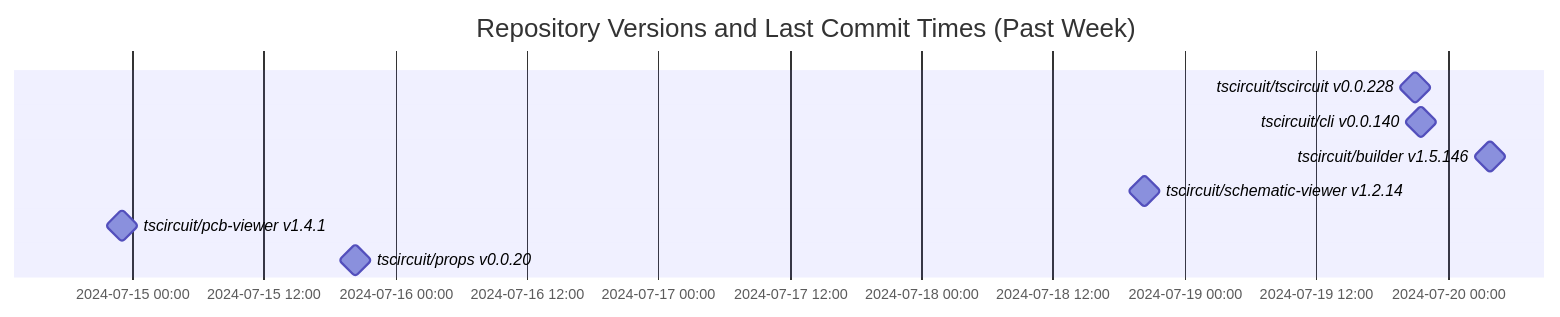
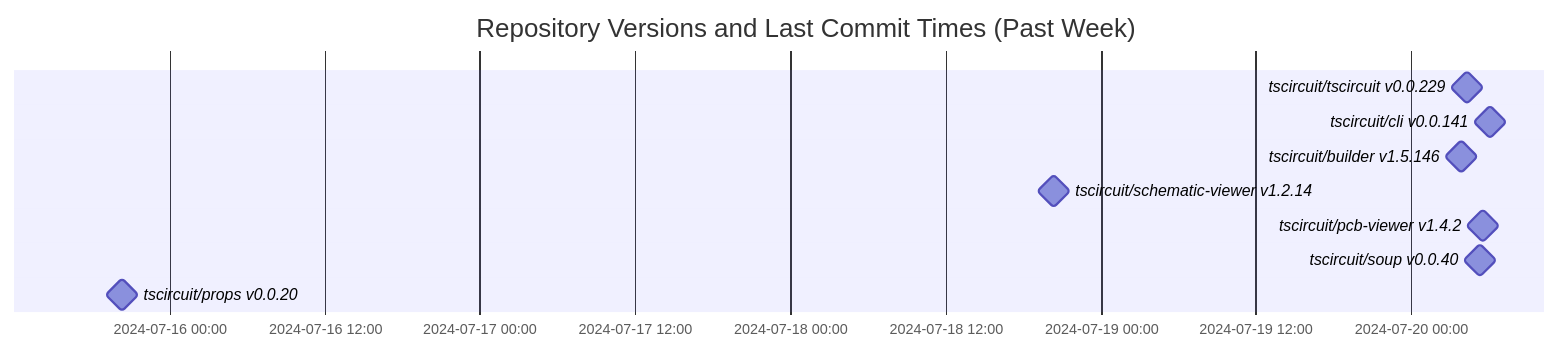
The diagram in README.md (tscircuit/version-tracker), drawn with Mermaid before and after one commit.

Commit message:
Update chart

````diff
--- a/README.md
+++ b/README.md
@@ -1,13 +1,14 @@
 ```mermaid
 gantt
   dateFormat  YYYY-MM-DD HH:mm:ss
   title Repository Versions and Last Commit Times (Past Week)
   axisFormat %Y-%m-%d %H:%M
 
-  tscircuit/tscircuit v0.0.228 : milestone, 2024-07-19 21:01:38, 1s
-  tscircuit/cli v0.0.140 : milestone, 2024-07-19 21:30:40, 1s
+  tscircuit/tscircuit v0.0.229 : milestone, 2024-07-20 04:18:09, 1s
+  tscircuit/cli v0.0.141 : milestone, 2024-07-20 06:06:31, 1s
   tscircuit/builder v1.5.146 : milestone, 2024-07-20 03:52:26, 1s
   tscircuit/schematic-viewer v1.2.14 : milestone, 2024-07-18 20:20:40, 1s
-  tscircuit/pcb-viewer v1.4.1 : milestone, 2024-07-14 23:05:20, 1s
+  tscircuit/pcb-viewer v1.4.2 : milestone, 2024-07-20 05:34:23, 1s
+  tscircuit/soup v0.0.40 : milestone, 2024-07-20 05:18:19, 1s
   tscircuit/props v0.0.20 : milestone, 2024-07-15 20:19:59, 1s
 ```
````
